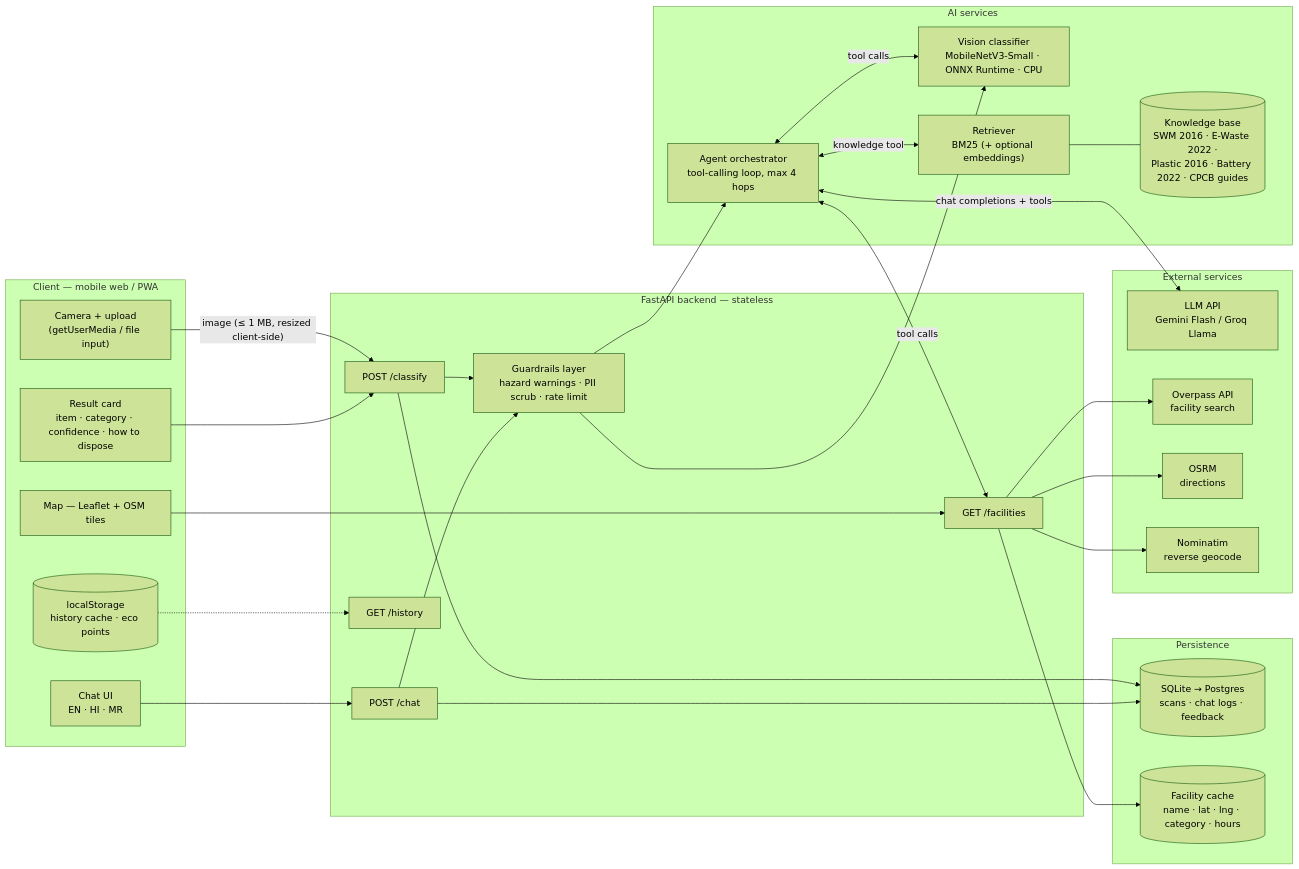
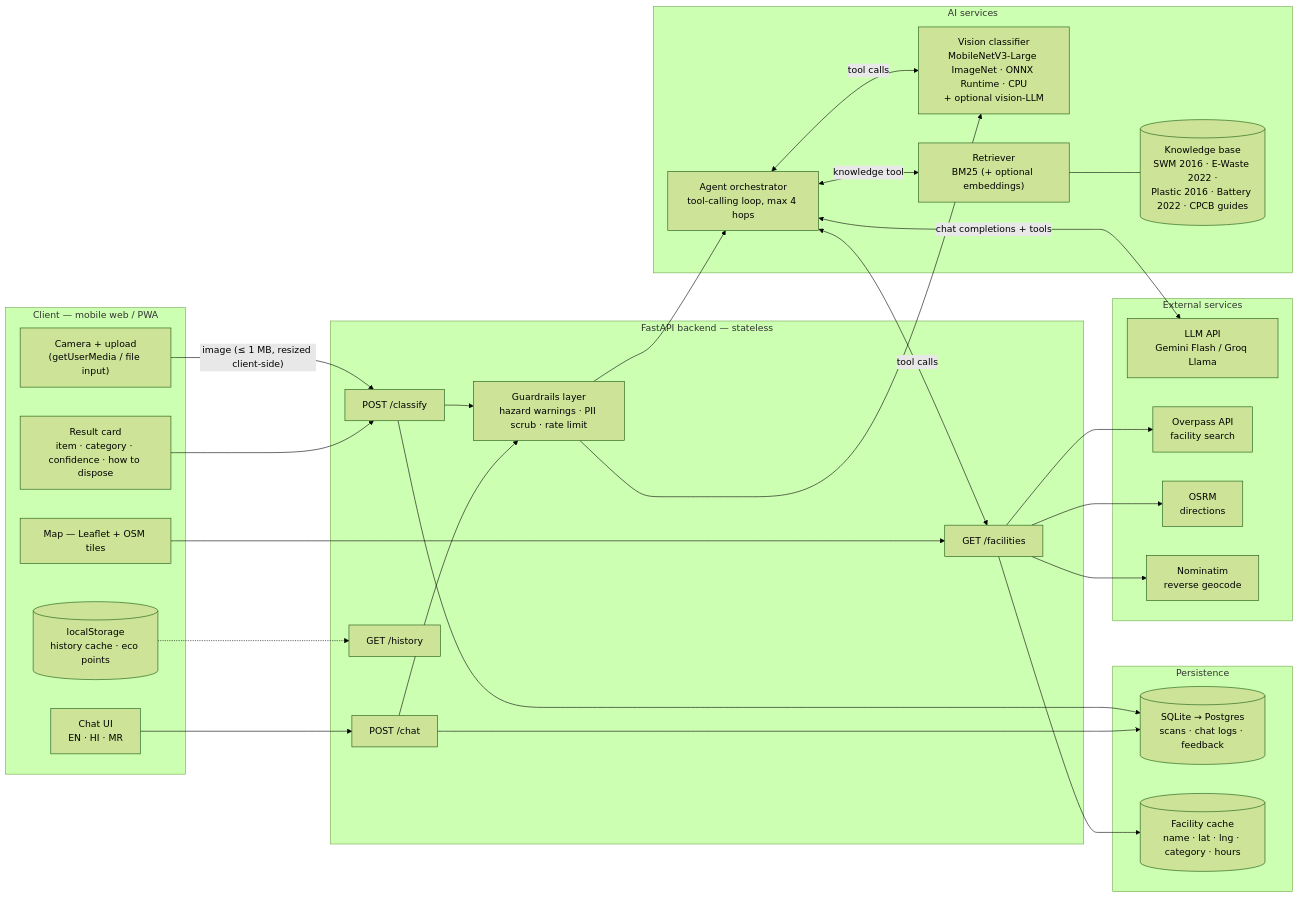
One commit to zaidmullaji05-max/kachramitra changed the first of 3 diagrams in docs/01-architecture.md. Above: the diagram before and after it, drawn with Mermaid (forest theme). The commit also changed other lines of this file and 30 other files, not shown here.

Commit message:
Use pretrained ImageNet model and add optional vision identification

````diff
--- a/docs/01-architecture.md
+++ b/docs/01-architecture.md
@@ -22,56 +22,56 @@
 ```mermaid
 flowchart LR
   subgraph CLIENT["Client — mobile web / PWA"]
     UI1["Camera + upload<br/>(getUserMedia / file input)"]
     UI2["Result card<br/>item · category · confidence · how to dispose"]
     UI3["Chat UI<br/>EN · HI · MR"]
     UI4["Map — Leaflet + OSM tiles"]
     UI5[("localStorage<br/>history cache · eco points")]
   end
 
   subgraph API["FastAPI backend — stateless"]
     R1["POST /classify"]
     R2["POST /chat"]
     R3["GET /facilities"]
     R4["GET /history"]
     GW["Guardrails layer<br/>hazard warnings · PII scrub · rate limit"]
   end
 
   subgraph AI["AI services"]
-    M1["Vision classifier<br/>MobileNetV3-Small · ONNX Runtime · CPU"]
+    M1["Vision classifier<br/>MobileNetV3-Large ImageNet · ONNX Runtime · CPU<br/>+ optional vision-LLM"]
     AG["Agent orchestrator<br/>tool-calling loop, max 4 hops"]
     RAG["Retriever<br/>BM25 (+ optional embeddings)"]
     KB[("Knowledge base<br/>SWM 2016 · E-Waste 2022 ·<br/>Plastic 2016 · Battery 2022 · CPCB guides")]
   end
 
   subgraph DATA["Persistence"]
     DB[("SQLite → Postgres<br/>scans · chat logs · feedback")]
     FC[("Facility cache<br/>name · lat · lng · category · hours")]
   end
 
   subgraph EXT["External services"]
     LLM["LLM API<br/>Gemini Flash / Groq Llama"]
     OSM["Overpass API<br/>facility search"]
     ROUTE["OSRM<br/>directions"]
     GEO["Nominatim<br/>reverse geocode"]
   end
 
   UI1 -->|"image (≤ 1 MB, resized client-side)"| R1
   UI2 --> R1
   UI3 --> R2
   UI4 --> R3
   UI5 -.-> R4
   R1 --> GW --> M1
   R2 --> GW --> AG
   AG <-->|"tool calls"| M1
   AG <-->|"tool calls"| R3
   AG <-->|"knowledge tool"| RAG
   RAG --- KB
   AG <-->|"chat completions + tools"| LLM
   R3 --> FC
   R3 --> OSM
   R3 --> ROUTE
   R3 --> GEO
   R1 --> DB
   R2 --> DB
 ```
````
